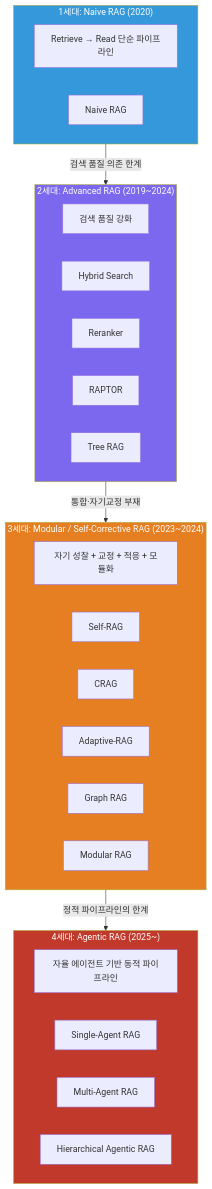
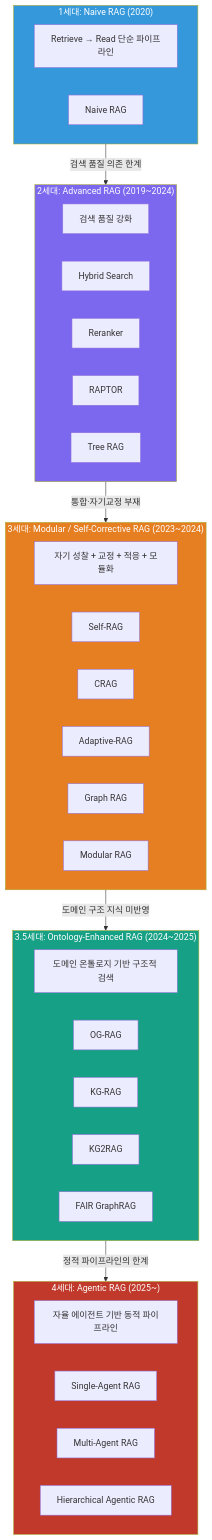
Diagram 27 of 27 in docs/rag-architecture-evolution.md (thswlsqls/tech-n-ai-backend), drawn with Mermaid before and after one commit. The commit also changed other lines of this file, not shown here.

First line of the commit message:
docs: [main] RAG 아키텍처 발전사 문서에 Ontology-Enhanced RAG 섹션 추가

````diff
--- a/docs/rag-architecture-evolution.md
+++ b/docs/rag-architecture-evolution.md
@@ -1201,44 +1391,55 @@
 ```mermaid
 flowchart TB
     subgraph Gen1["1세대: Naive RAG (2020)"]
         direction LR
         G1A["Retrieve → Read 단순 파이프라인"]
         G1B["Naive RAG"]
     end
 
     subgraph Gen2["2세대: Advanced RAG (2019~2024)"]
         direction LR
         G2A["검색 품질 강화"]
         G2B["Hybrid Search"]
         G2C["Reranker"]
         G2D["RAPTOR"]
         G2E["Tree RAG"]
     end
 
     subgraph Gen3["3세대: Modular / Self-Corrective RAG (2023~2024)"]
         direction LR
         G3A["자기 성찰 + 교정 + 적응 + 모듈화"]
         G3B["Self-RAG"]
         G3C["CRAG"]
         G3D["Adaptive-RAG"]
         G3E["Graph RAG"]
         G3F["Modular RAG"]
     end
 
+    subgraph Gen3_5["3.5세대: Ontology-Enhanced RAG (2024~2025)"]
+        direction LR
+        G35A["도메인 온톨로지 기반 구조적 검색"]
+        G35B["OG-RAG"]
+        G35C["KG-RAG"]
+        G35D["KG2RAG"]
+        G35E["FAIR GraphRAG"]
+    end
+
     subgraph Gen4["4세대: Agentic RAG (2025~)"]
         direction LR
         G4A["자율 에이전트 기반 동적 파이프라인"]
         G4B["Single-Agent RAG"]
         G4C["Multi-Agent RAG"]
         G4D["Hierarchical Agentic RAG"]
     end
 
     Gen1 --> |"검색 품질 의존 한계"| Gen2
     Gen2 --> |"통합·자기교정 부재"| Gen3
-    Gen3 --> |"정적 파이프라인의 한계"| Gen4
+    Gen3 --> |"도메인 구조 지식 미반영"| Gen3_5
+    Gen3_5 --> |"정적 파이프라인의 한계"| Gen4
 
     style Gen1 fill:#3498DB,color:#fff
     style Gen2 fill:#7B68EE,color:#fff
     style Gen3 fill:#E67E22,color:#fff
+    style Gen3_5 fill:#16A085,color:#fff
     style Gen4 fill:#C0392B,color:#fff
 ```
````
